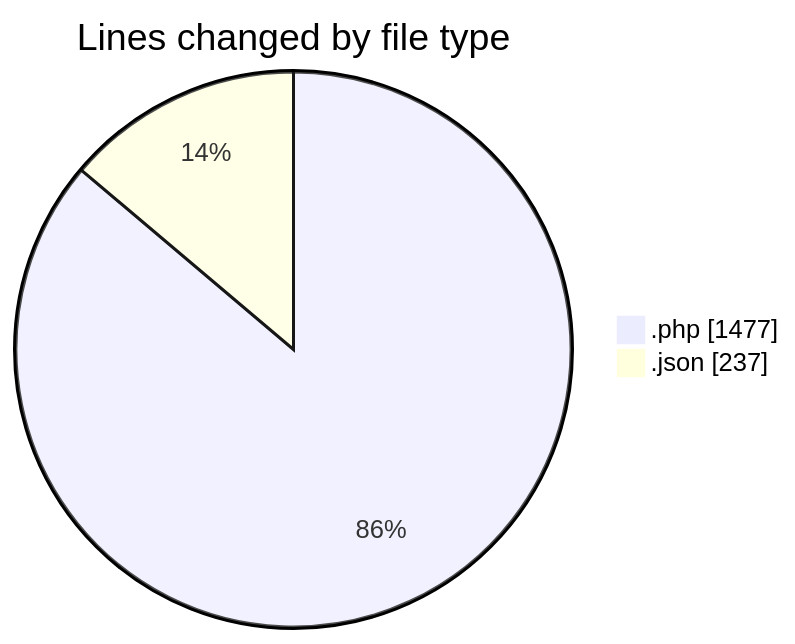
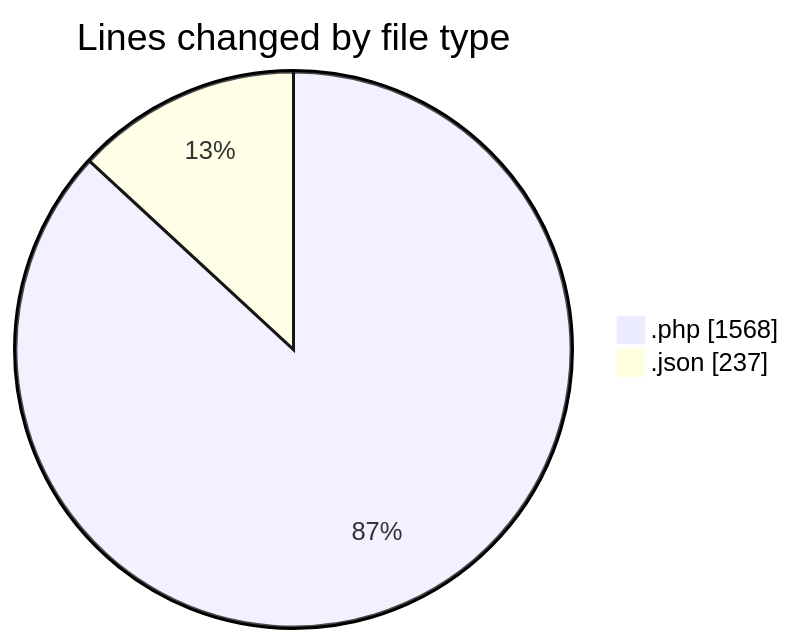
The first of 2 diagrams in 2025-06-16/studio-backend/README.md (idhammustaqopulfikri/code-tracking), drawn with Mermaid before and after one commit. The commit also changed other lines of this file and 1 other file, not shown here.

````diff
--- a/2025-06-16/studio-backend/README.md
+++ b/2025-06-16/studio-backend/README.md
@@ -30,6 +31,6 @@
 ```mermaid
 pie showData
 title Lines changed by file type
-".php" : 1477
+".php" : 1568
 ".json" : 237
 ```
````
